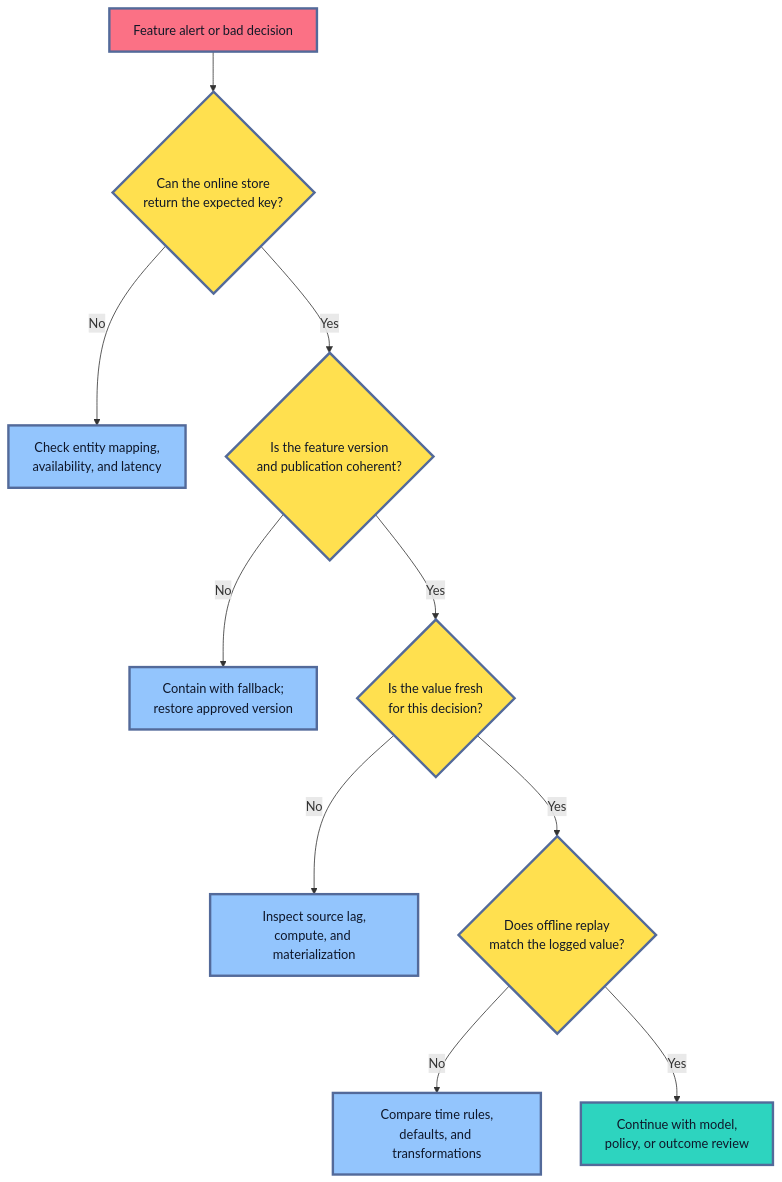
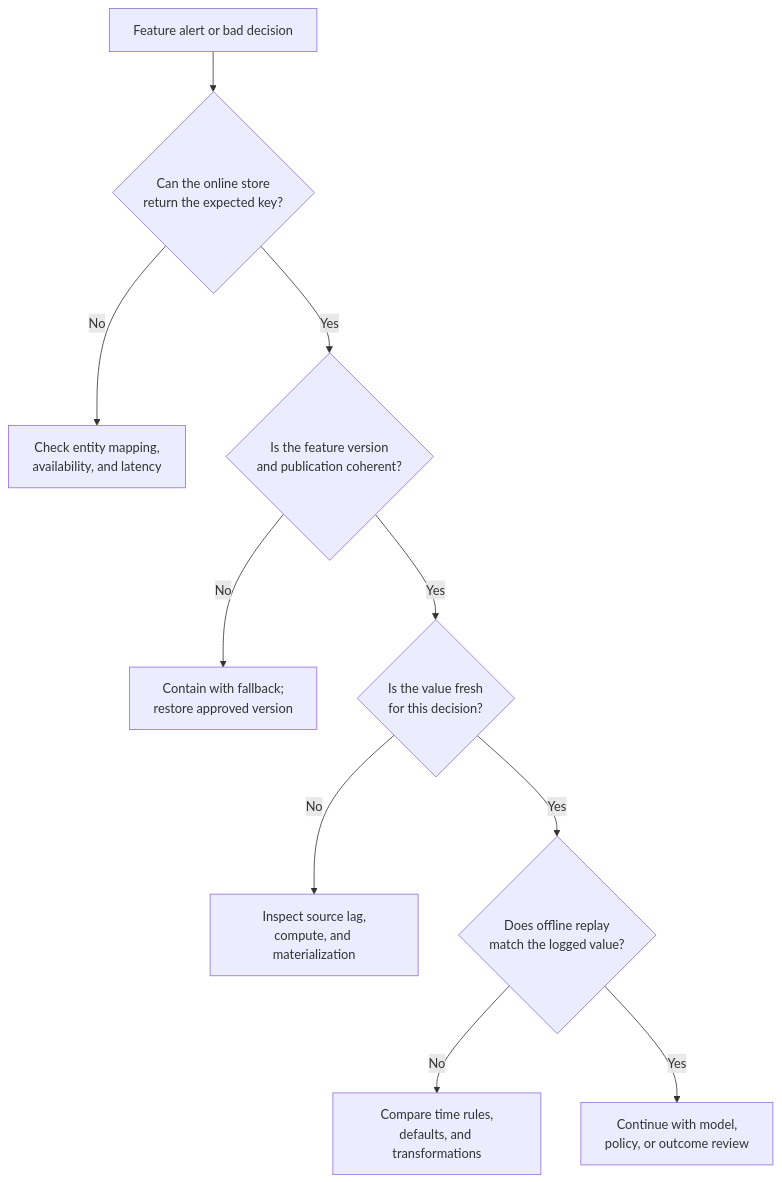
The sixth of 7 diagrams in roadmaps/mlops/modules/data-for-ml-systems/feature-management/02-online-vs-offline-features.md (senlinyy/dev-roadmaps), drawn with Mermaid before and after one commit. The commit also changed other lines of this file and 152 other files, not shown here.

Commit message:
feat: mlops and diagrams updated

````diff
--- a/roadmaps/mlops/modules/data-for-ml-systems/feature-management/02-online-vs-offline-features.md
+++ b/roadmaps/mlops/modules/data-for-ml-systems/feature-management/02-online-vs-offline-features.md
@@ -394,21 +376,17 @@
 ```mermaid
 flowchart TD
     A["Feature alert or bad decision"] --> B{"Can the online store<br/>return the expected key?"}
     B -->|"No"| C["Check entity mapping,<br/>availability, and latency"]
     B -->|"Yes"| D{"Is the feature version<br/>and publication coherent?"}
     D -->|"No"| E["Contain with fallback;<br/>restore approved version"]
     D -->|"Yes"| F{"Is the value fresh<br/>for this decision?"}
     F -->|"No"| G["Inspect source lag,<br/>compute, and materialization"]
     F -->|"Yes"| H{"Does offline replay<br/>match the logged value?"}
     H -->|"No"| I["Compare time rules,<br/>defaults, and transformations"]
     H -->|"Yes"| J["Continue with model,<br/>policy, or outcome review"]
 
-    classDef alert fill:#FB7185,stroke:#536A9A,stroke-width:3px,color:#111827
-    classDef gate fill:#FFE04F,stroke:#536A9A,stroke-width:3px,color:#111827
-    classDef action fill:#93C5FD,stroke:#536A9A,stroke-width:3px,color:#0F172A
-    classDef healthy fill:#2DD4BF,stroke:#536A9A,stroke-width:3px,color:#0F172A
     class A alert
     class B,D,F,H gate
     class C,E,G,I action
     class J healthy
 ```
````
